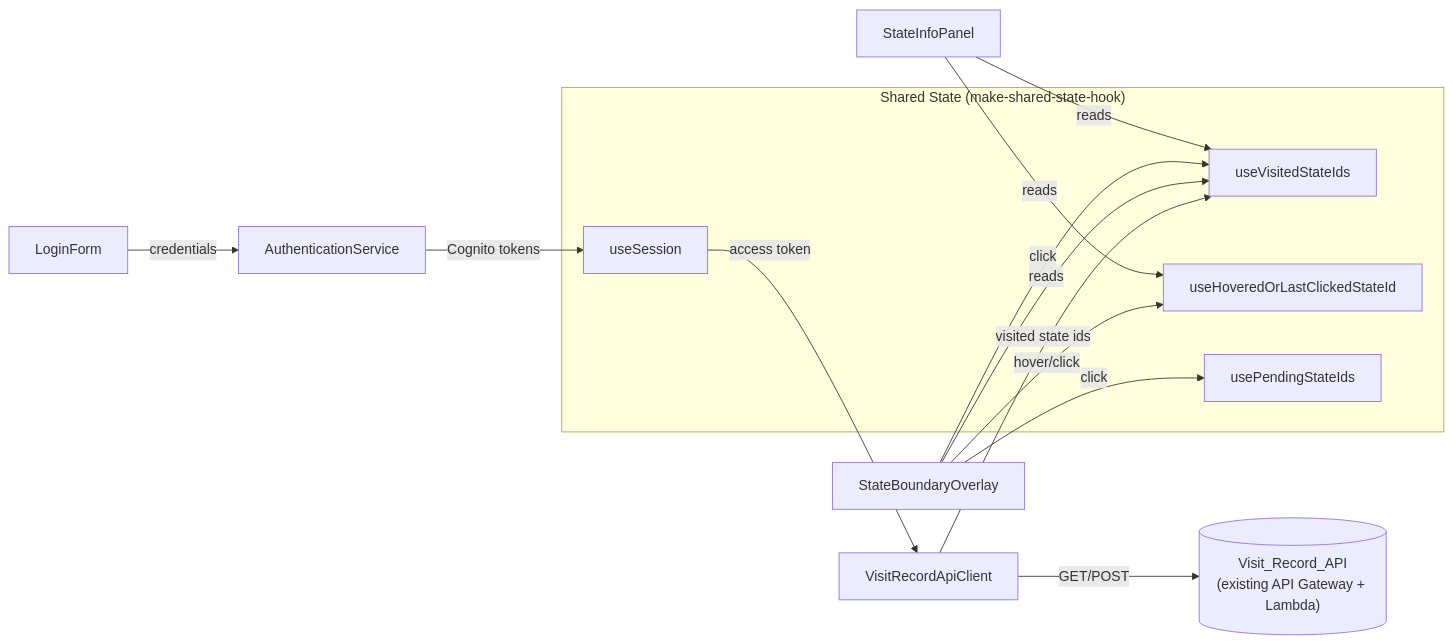
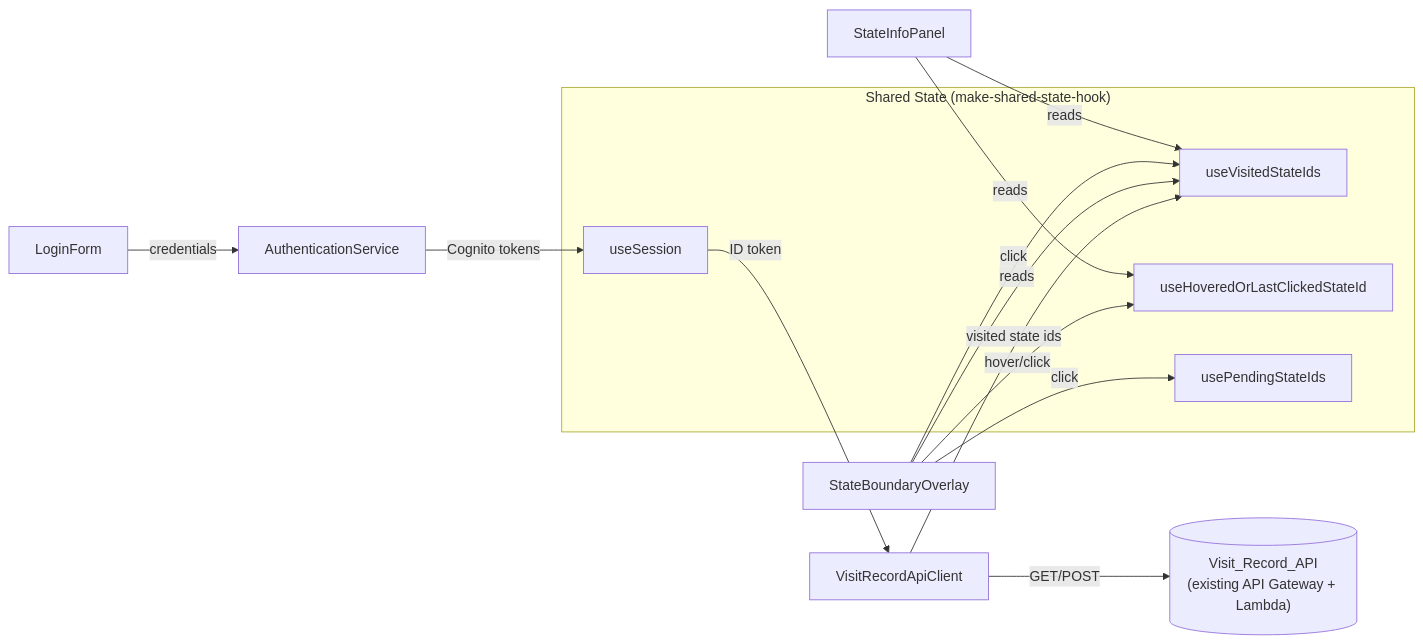
The second of 4 diagrams in .kiro/specs/state-visit-tracker/design.md (brentsowers1/coordinatecommons), drawn with Mermaid before and after one commit. The commit also changed other lines of this file and 4 other files, not shown here.

````diff
--- a/.kiro/specs/state-visit-tracker/design.md
+++ b/.kiro/specs/state-visit-tracker/design.md
@@ -51,21 +51,21 @@
 ```mermaid
 graph LR
     subgraph SharedState["Shared State (make-shared-state-hook)"]
         useSession
         useVisitedStateIds
         useHoveredOrLastClickedStateId
         usePendingStateIds
     end
 
     LoginForm -- credentials --> AuthenticationService
     AuthenticationService -- Cognito tokens --> useSession
-    useSession -- access token --> VisitRecordApiClient
+    useSession -- ID token --> VisitRecordApiClient
     VisitRecordApiClient -- GET/POST --> VisitRecordAPI[("Visit_Record_API\n(existing API Gateway + Lambda)")]
     VisitRecordApiClient -- visited state ids --> useVisitedStateIds
     StateBoundaryOverlay -- reads --> useVisitedStateIds
     StateBoundaryOverlay -- click --> useVisitedStateIds
     StateBoundaryOverlay -- click --> usePendingStateIds
     StateBoundaryOverlay -- hover/click --> useHoveredOrLastClickedStateId
     StateInfoPanel -- reads --> useHoveredOrLastClickedStateId
     StateInfoPanel -- reads --> useVisitedStateIds
 ```
````
